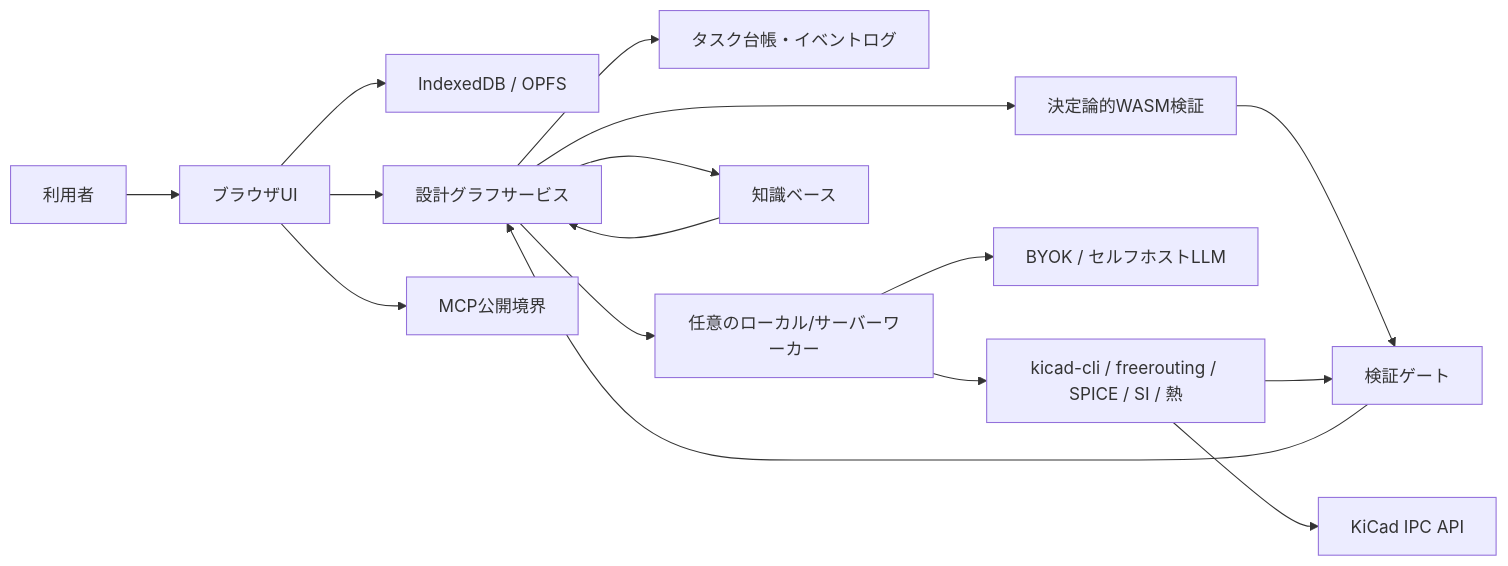
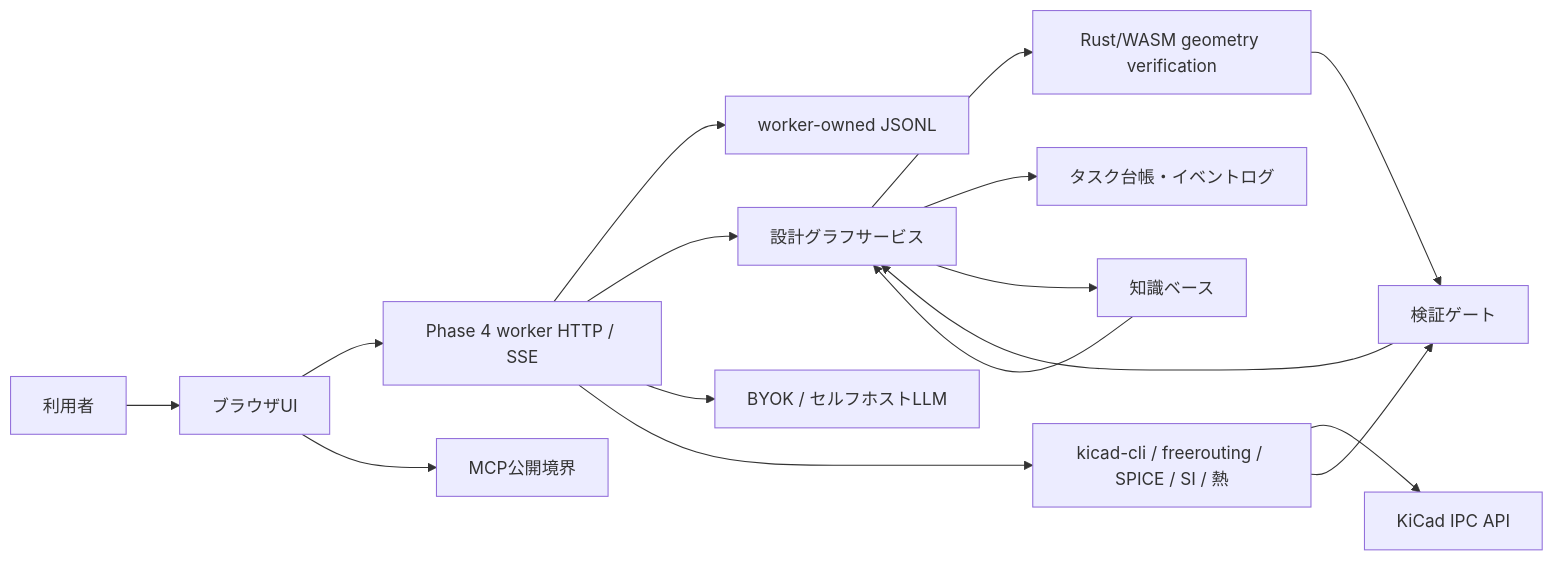
One commit to uist1idrju3i/ACD changed the diagram in docs/architecture.md. Above: the diagram before and after it, drawn with Mermaid. The commit also changed other lines of this file and 17 other files, not shown here.

````diff
--- a/docs/architecture.md
+++ b/docs/architecture.md
@@ -79,18 +81,18 @@
 ```mermaid
 flowchart LR
   User[利用者] --> UI[ブラウザUI]
-  UI --> State[IndexedDB / OPFS]
-  UI --> Graph[設計グラフサービス]
+  UI --> Worker[Phase 4 worker HTTP / SSE]
+  Worker --> State[worker-owned JSONL]
+  Worker --> Graph[設計グラフサービス]
   UI --> MCP[MCP公開境界]
-  Graph --> WASM[決定論的WASM検証]
+  Graph --> WASM[Rust/WASM geometry verification]
   Graph --> Ledger[タスク台帳・イベントログ]
-  Graph --> Worker[任意のローカル/サーバーワーカー]
   Worker --> LLM[BYOK / セルフホストLLM]
   Worker --> Native[kicad-cli / freerouting / SPICE / SI / 熱]
   Native --> KiCad[KiCad IPC API]
   WASM --> Gates[検証ゲート]
   Native --> Gates
   Gates --> Graph
   Graph --> Knowledge[知識ベース]
   Knowledge --> Graph
 ```
````
